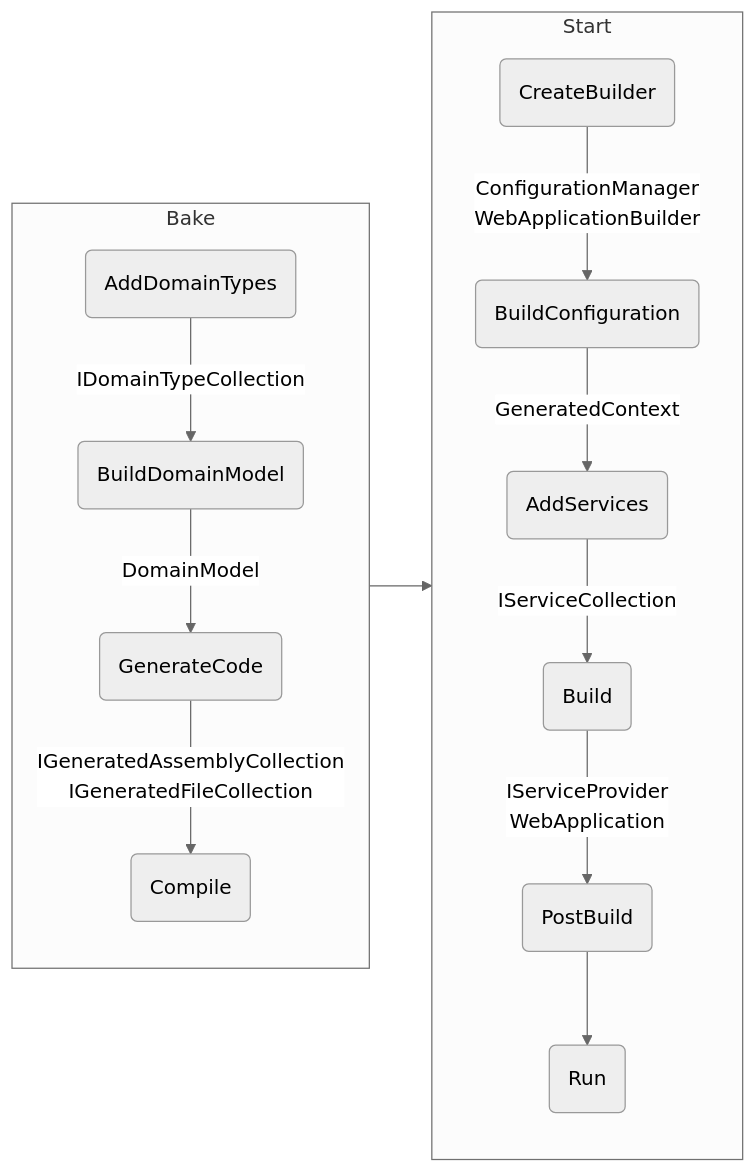
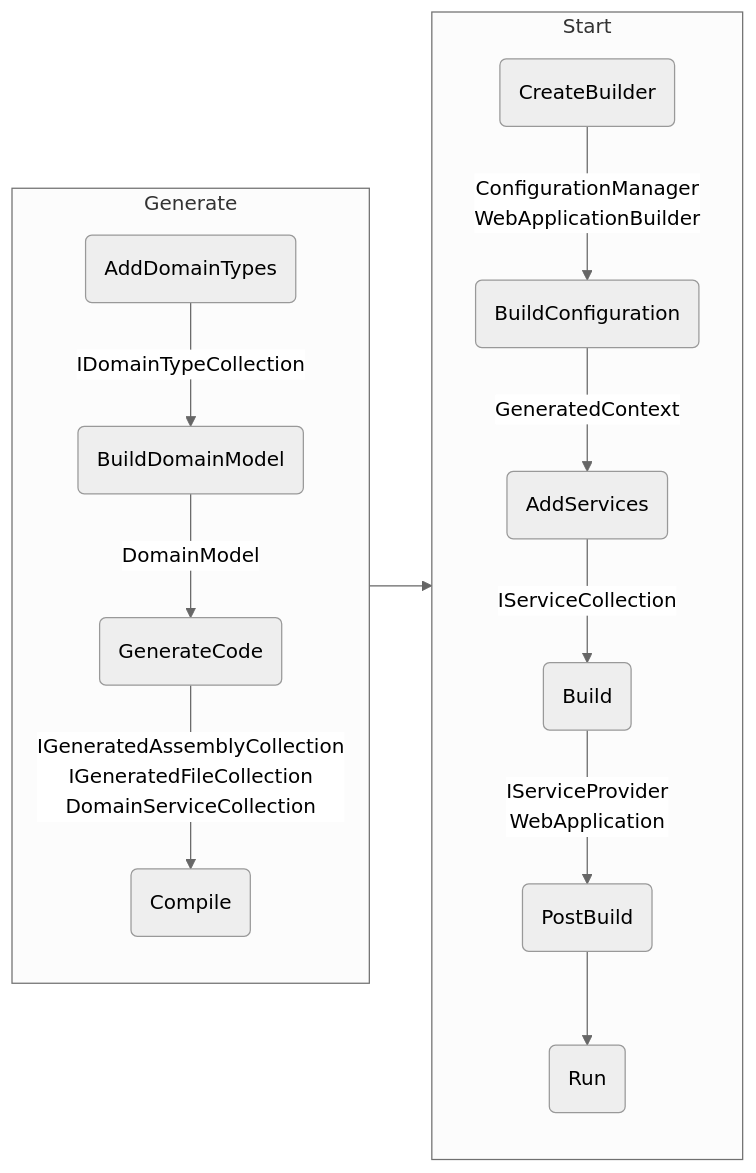
One commit to mouseless/baked changed the diagram in docs/recipes/data-source.md. Above: the diagram before and after it, drawn with Mermaid (neutral theme). The commit also changed 1 other file, not shown here.

Commit message:
edit service and data source recipe phase diagrams

````diff
--- a/docs/recipes/data-source.md
+++ b/docs/recipes/data-source.md
@@ -66,31 +66,31 @@
 ```mermaid
 flowchart LR;
     
-    subgraph Bake
+    subgraph Generate
       AD(AddDomainTypes)
       BD(BuildDomainModel)
       GC(GenerateCode)
       C(Compile)
 
       AD -->|IDomainTypeCollection| BD
       BD -->|DomainModel| GC
-      GC -->|IGeneratedAssemblyCollection<br/>IGeneratedFileCollection| C
+      GC -->|IGeneratedAssemblyCollection<br/>IGeneratedFileCollection<br/>DomainServiceCollection| C
     end
 
     subgraph Start
       CB(CreateBuilder)
       BC(BuildConfiguration)
       AS(AddServices)
       B(Build)
       PB(PostBuild)
       R(Run)
 
       CB -->|ConfigurationManager<br/>WebApplicationBuilder| BC
       BC -->|GeneratedContext| AS
       AS -->|IServiceCollection| B
       B -->|IServiceProvider<br/>WebApplication|PB
       PB --> R
     end
 
-    Bake --> Start
+    Generate --> Start
 ```
````
